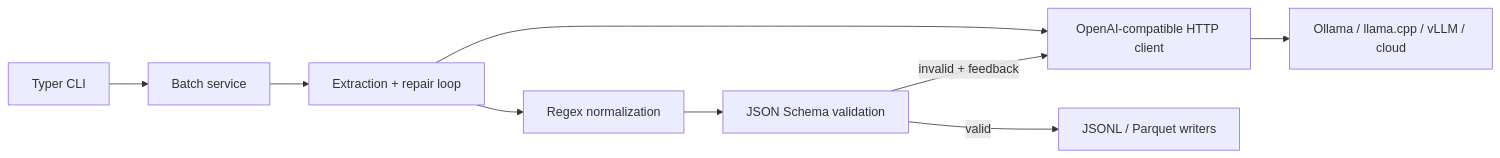
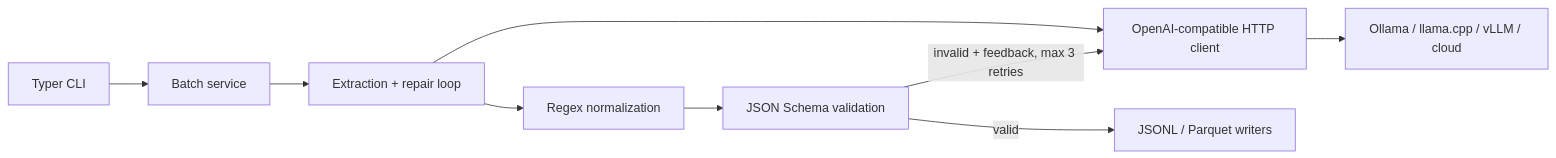
Before and after one commit to DG-Baptiste/schemaforge: the diagram in README.md, drawn with Mermaid. The commit also changed other lines of this file and 26 other files, not shown here.

````diff
--- a/README.md
+++ b/README.md
@@ -13,11 +15,11 @@
 ```mermaid
 flowchart LR
     CLI[Typer CLI] --> Service[Batch service]
     Service --> Extractor[Extraction + repair loop]
     Extractor --> HTTP[OpenAI-compatible HTTP client]
     HTTP --> Model[Ollama / llama.cpp / vLLM / cloud]
     Extractor --> Normalize[Regex normalization]
     Normalize --> Validate[JSON Schema validation]
-    Validate -->|invalid + feedback| HTTP
+    Validate -->|invalid + feedback, max 3 retries| HTTP
     Validate -->|valid| Writers[JSONL / Parquet writers]
 ```
````
